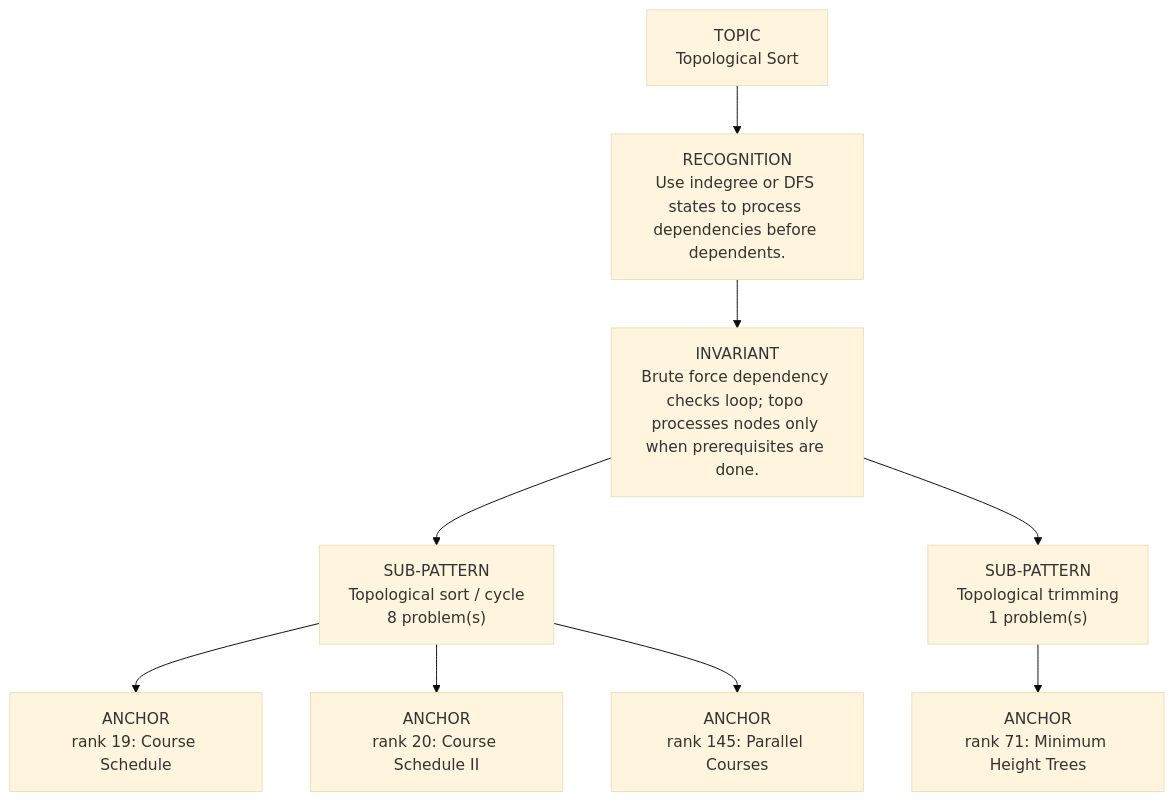
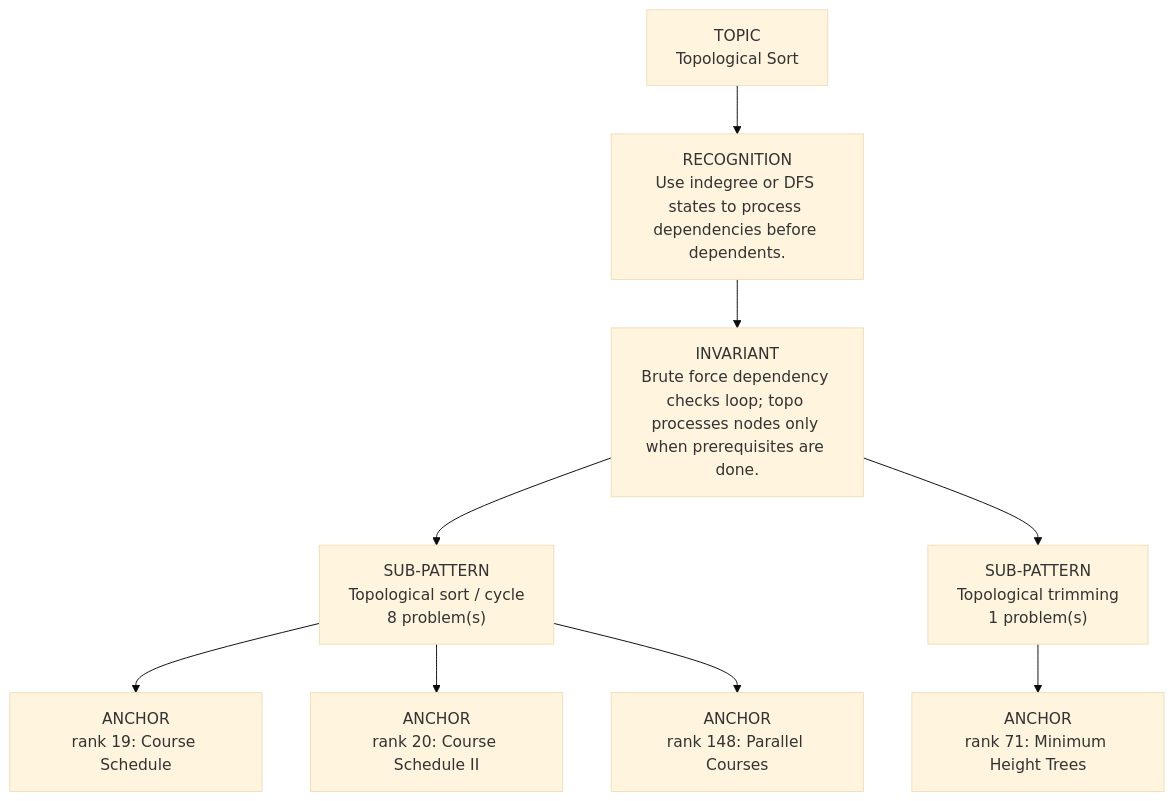
Before and after one commit to thechiranjeevjain/DSA10days: the diagram in dsa-review/interview/patterns/11_topological_sort.md, drawn with Mermaid (base theme). The commit also changed other lines of this file and 51 other files, not shown here.

````diff
--- a/dsa-review/interview/patterns/11_topological_sort.md
+++ b/dsa-review/interview/patterns/11_topological_sort.md
@@ -15,13 +15,13 @@
 ```mermaid
 flowchart TD
   Topic["TOPIC<br/>Topological Sort"]
   Recognition["RECOGNITION<br/>Use indegree or DFS states to process dependencies before dependents."]
   Invariant["INVARIANT<br/>Brute force dependency checks loop; topo processes nodes only when prerequisites are done."]
   Topic --> Recognition --> Invariant
   Invariant --> Sub01["SUB-PATTERN<br/>Topological sort / cycle<br/>8 problem(s)"]
   Sub01 --> Sub01A01["ANCHOR<br/>rank 19: Course Schedule"]
   Sub01 --> Sub01A02["ANCHOR<br/>rank 20: Course Schedule II"]
-  Sub01 --> Sub01A03["ANCHOR<br/>rank 145: Parallel Courses"]
+  Sub01 --> Sub01A03["ANCHOR<br/>rank 148: Parallel Courses"]
   Invariant --> Sub02["SUB-PATTERN<br/>Topological trimming<br/>1 problem(s)"]
   Sub02 --> Sub02A01["ANCHOR<br/>rank 71: Minimum Height Trees"]
 ```
````
